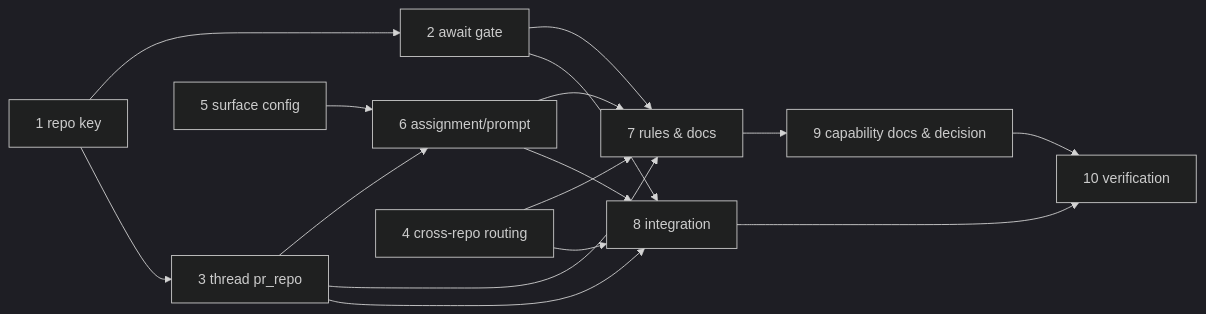
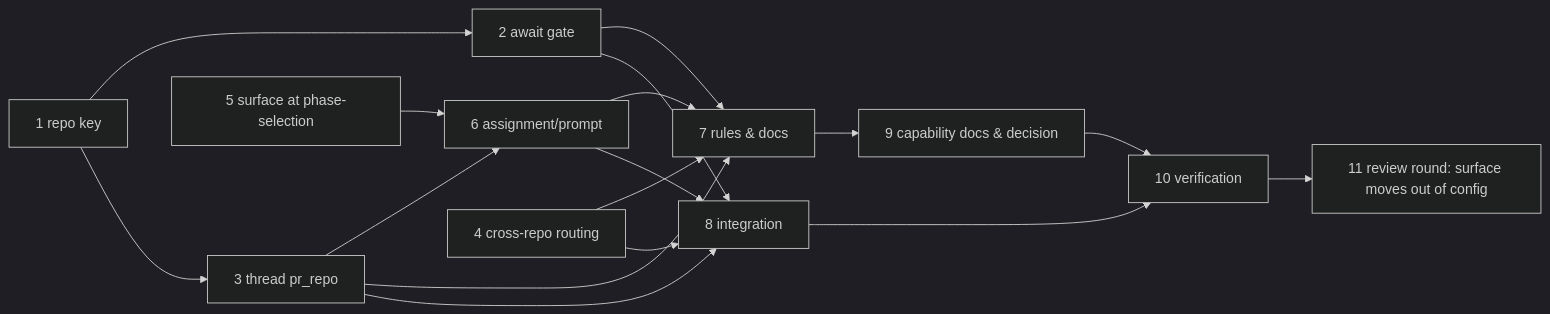
Before and after one commit to MadaraUchiha-314/the-loop: the diagram in docs/specs/issue-183/tasks.md, drawn with Mermaid (dark theme). The commit also changed other lines of this file and 33 other files, not shown here.

First line of the commit message:
refactor(issue-183)!: the outer loop's surface is the work item's choice, not a config key

````diff
--- a/docs/specs/issue-183/tasks.md
+++ b/docs/specs/issue-183/tasks.md
@@ -98,12 +113,13 @@
 ```mermaid
 graph LR
   T1[1 repo key] --> T2[2 await gate]
   T1 --> T3[3 thread pr_repo]
-  T5[5 surface config] --> T6[6 assignment/prompt]
+  T5[5 surface at phase-selection] --> T6[6 assignment/prompt]
   T3 --> T6
   T4[4 cross-repo routing]
   T2 & T3 & T4 & T6 --> T7[7 rules & docs]
   T2 & T3 & T4 & T6 --> T8[8 integration]
   T7 --> T9[9 capability docs & decision]
   T8 & T9 --> T10[10 verification]
+  T10 --> T11[11 review round: surface moves out of config]
 ```
````
